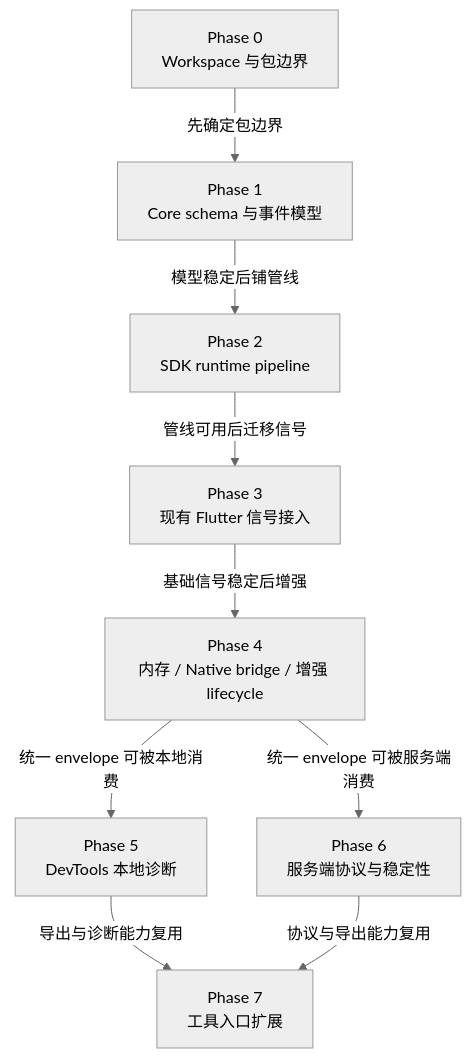
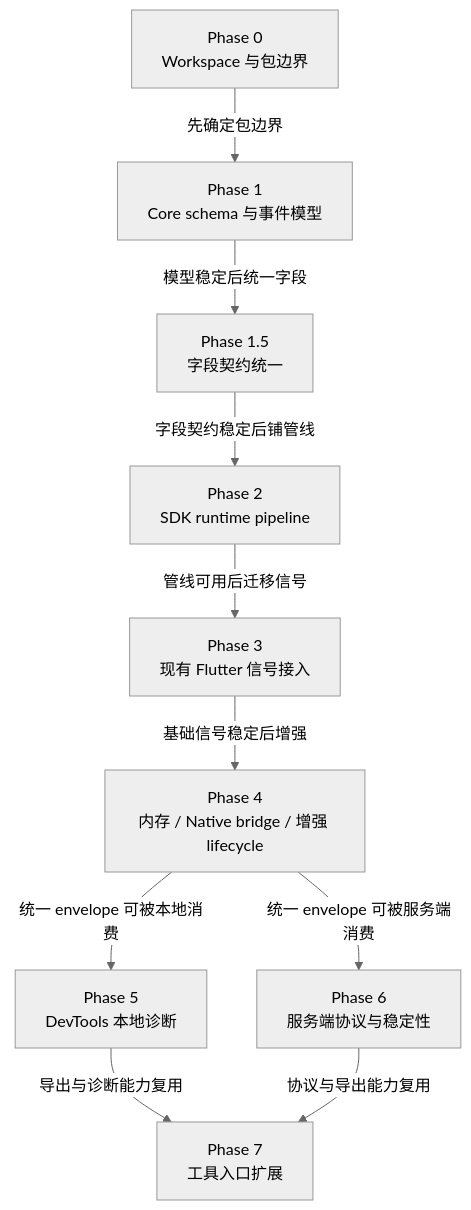
Before and after one commit to xinqingaa/flutter_monitor: the diagram in docs/implementation_plan.md, drawn with Mermaid (neutral theme). The commit also changed other lines of this file and 16 other files, not shown here.

````diff
--- a/docs/implementation_plan.md
+++ b/docs/implementation_plan.md
@@ -11,20 +11,22 @@
 ```mermaid
 flowchart TD
   P0["Phase 0<br/>Workspace 与包边界"]
   P1["Phase 1<br/>Core schema 与事件模型"]
+  P15["Phase 1.5<br/>字段契约统一"]
   P2["Phase 2<br/>SDK runtime pipeline"]
   P3["Phase 3<br/>现有 Flutter 信号接入"]
   P4["Phase 4<br/>内存 / Native bridge / 增强 lifecycle"]
   P5["Phase 5<br/>DevTools 本地诊断"]
   P6["Phase 6<br/>服务端协议与稳定性"]
   P7["Phase 7<br/>工具入口扩展"]
 
   P0 -->|"先确定包边界"| P1
-  P1 -->|"模型稳定后铺管线"| P2
+  P1 -->|"模型稳定后统一字段"| P15
+  P15 -->|"字段契约稳定后铺管线"| P2
   P2 -->|"管线可用后迁移信号"| P3
   P3 -->|"基础信号稳定后增强"| P4
   P4 -->|"统一 envelope 可被本地消费"| P5
   P4 -->|"统一 envelope 可被服务端消费"| P6
   P5 -->|"导出与诊断能力复用"| P7
   P6 -->|"协议与导出能力复用"| P7
 ```
````
